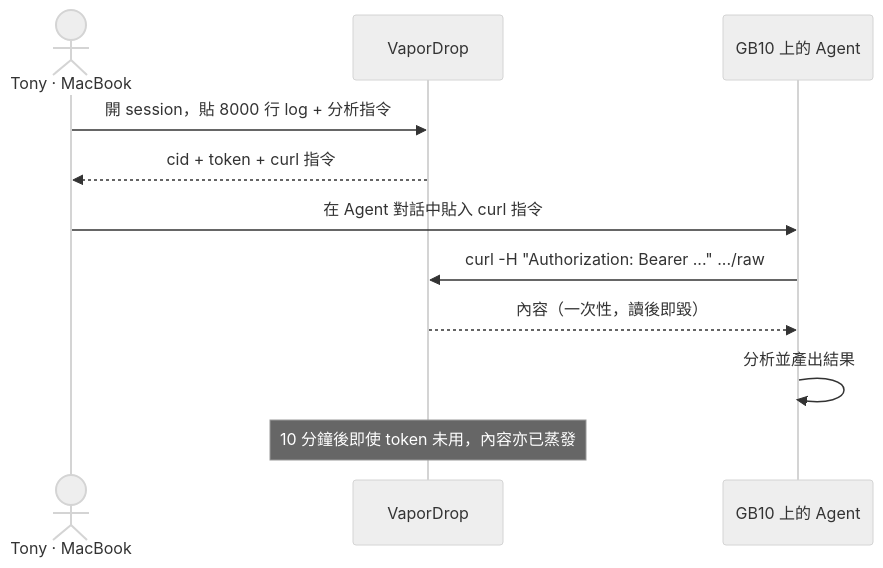
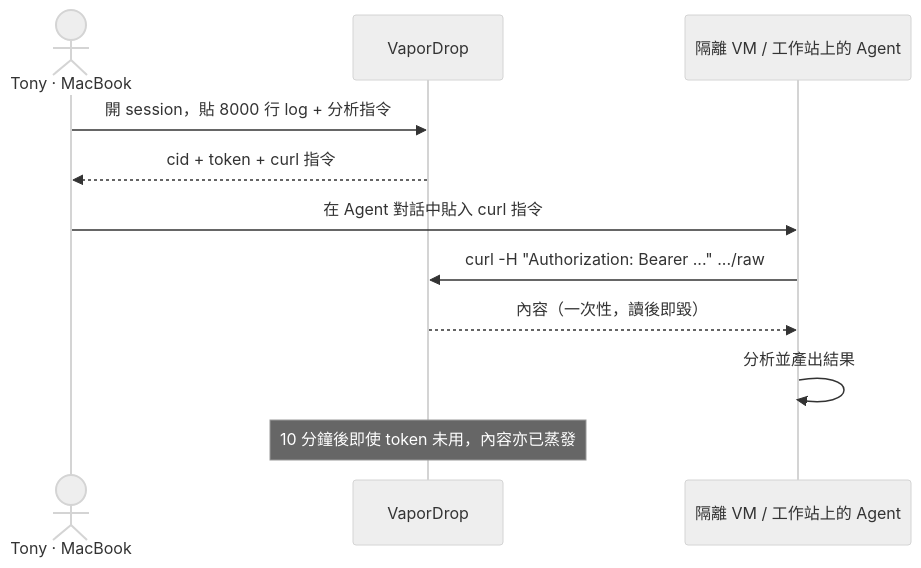
Before and after one commit to tonylnng/VaporDrop: the tenth of 11 diagrams in README.md, drawn with Mermaid (neutral theme). The commit also changed other lines of this file and 5 other files, not shown here.

First line of the commit message:
refactor: 所有 Docker 物件統一 vapordrop 前綴；架構圖改為海外 Ubuntu VM（Public IP）

````diff
--- a/README.md
+++ b/README.md
@@ -375,14 +380,14 @@
 ```mermaid
 sequenceDiagram
     actor T as Tony · MacBook
     participant V as VaporDrop
-    participant M as GB10 上的 Agent
+    participant M as 隔離 VM / 工作站上的 Agent
 
     T->>V: 開 session，貼 8000 行 log + 分析指令
     V-->>T: cid + token + curl 指令
     T->>M: 在 Agent 對話中貼入 curl 指令
     M->>V: curl -H "Authorization: Bearer ..." .../raw
     V-->>M: 內容（一次性，讀後即毀）
     M->>M: 分析並產出結果
     Note over V: 10 分鐘後即使 token 未用，內容亦已蒸發
 ```
````
